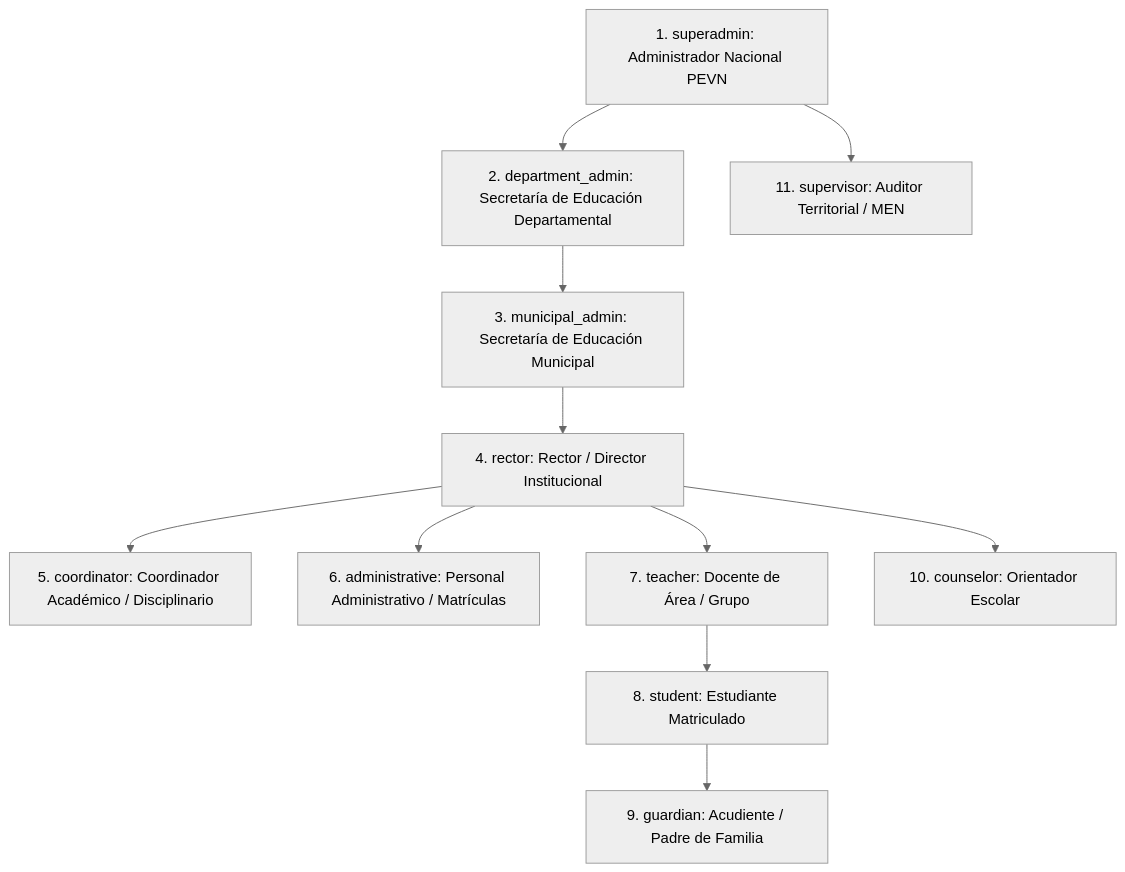
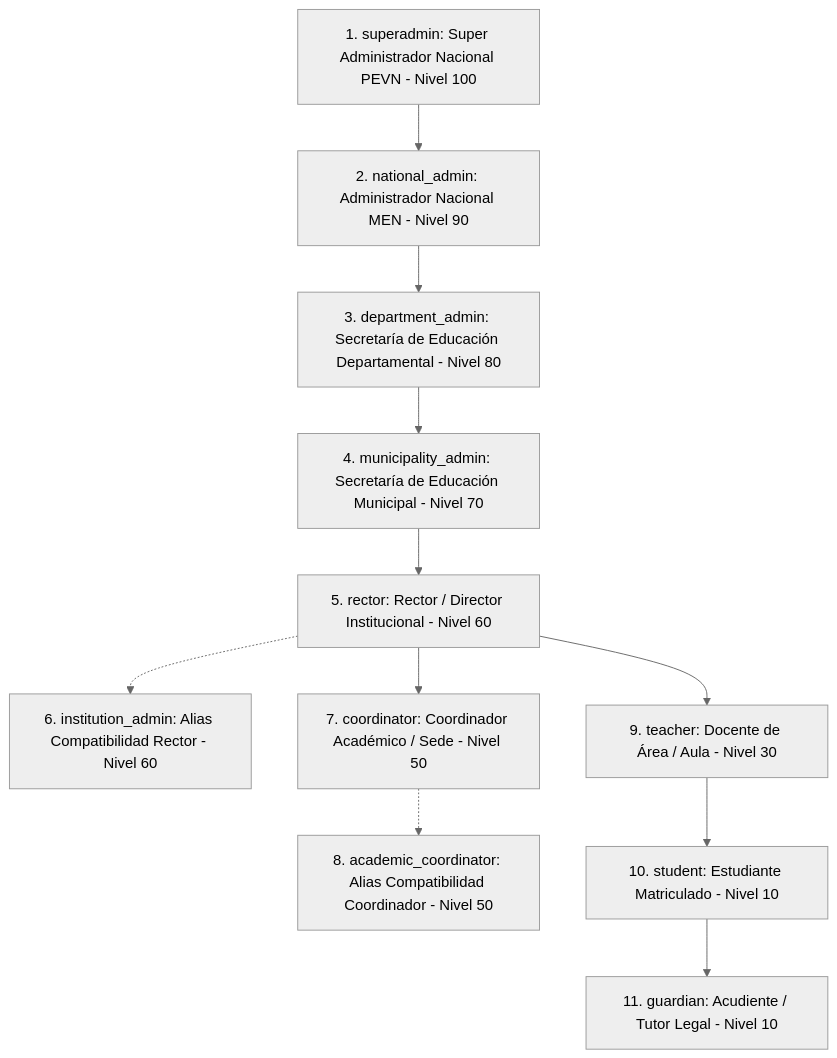
The first of 2 diagrams in docs/reports/PEVN_INFORME_TECNICO_INSTITUCIONAL_MEN.md (juancastro2381-hub/Plataforma-Educativa-Virtual-Nacional-PEVN), drawn with Mermaid (neutral theme) before and after one commit. The commit also changed other lines of this file and 7 other files, not shown here.

````diff
--- a/docs/reports/PEVN_INFORME_TECNICO_INSTITUCIONAL_MEN.md
+++ b/docs/reports/PEVN_INFORME_TECNICO_INSTITUCIONAL_MEN.md
@@ -117,13 +117,13 @@
 ```mermaid
 graph TD
-    SA[1. superadmin: Administrador Nacional PEVN] --> DA[2. department_admin: Secretaría de Educación Departamental]
-    DA --> MA[3. municipal_admin: Secretaría de Educación Municipal]
-    MA --> REC[4. rector: Rector / Director Institucional]
-    REC --> COORD[5. coordinator: Coordinador Académico / Disciplinario]
-    REC --> ADM[6. administrative: Personal Administrativo / Matrículas]
-    REC --> DOC[7. teacher: Docente de Área / Grupo]
-    DOC --> EST[8. student: Estudiante Matriculado]
-    EST --> ACU[9. guardian: Acudiente / Padre de Familia]
-    REC --> ORI[10. counselor: Orientador Escolar]
-    SA --> SUP[11. supervisor: Auditor Territorial / MEN]
+    SA[1. superadmin: Super Administrador Nacional PEVN - Nivel 100] --> NA[2. national_admin: Administrador Nacional MEN - Nivel 90]
+    NA --> DA[3. department_admin: Secretaría de Educación Departamental - Nivel 80]
+    DA --> MA[4. municipality_admin: Secretaría de Educación Municipal - Nivel 70]
+    MA --> REC[5. rector: Rector / Director Institucional - Nivel 60]
+    REC -.-> IA[6. institution_admin: Alias Compatibilidad Rector - Nivel 60]
+    REC --> COORD[7. coordinator: Coordinador Académico / Sede - Nivel 50]
+    COORD -.-> AC[8. academic_coordinator: Alias Compatibilidad Coordinador - Nivel 50]
+    REC --> DOC[9. teacher: Docente de Área / Aula - Nivel 30]
+    DOC --> EST[10. student: Estudiante Matriculado - Nivel 10]
+    EST --> ACU[11. guardian: Acudiente / Tutor Legal - Nivel 10]
 ```
````
